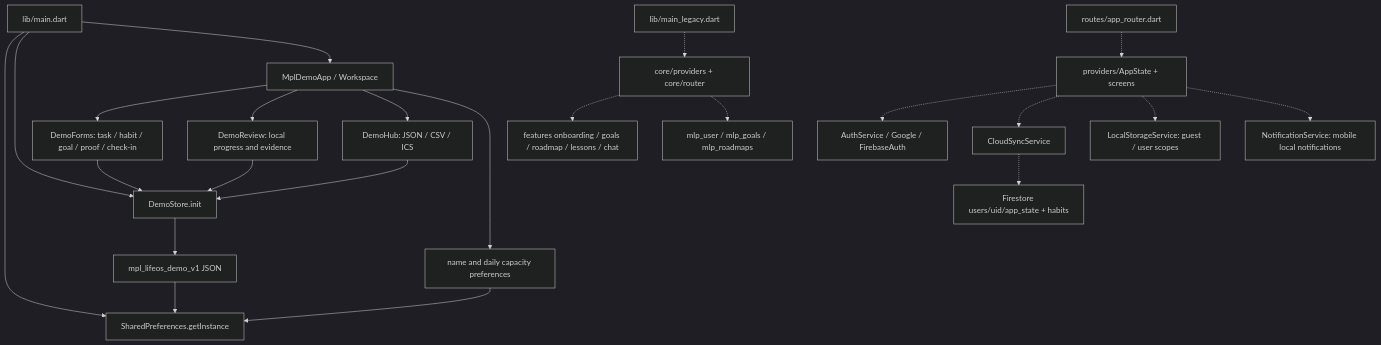
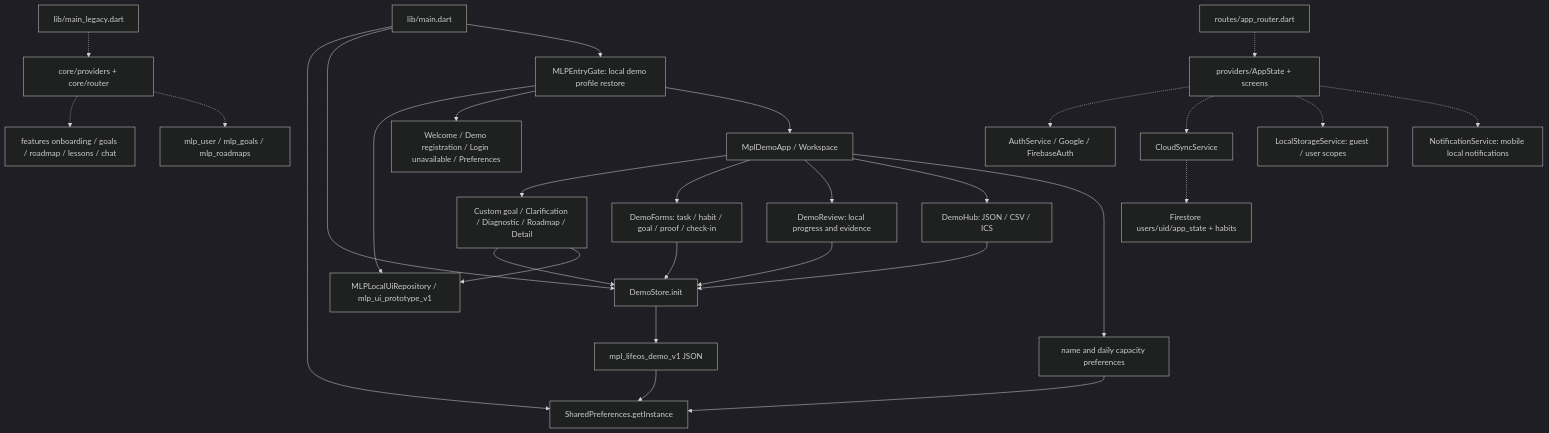
One commit to MuhammadziyoAdkhamov/mlp_MyLifePlan_app changed the first of 2 diagrams in docs/MLP_ARCHITECTURE.md. Above: the diagram before and after it, drawn with Mermaid (dark theme). The commit also changed other lines of this file and 33 other files, not shown here.

Commit message:
feat: add MLP demo onboarding and custom goal roadmap workflow

````diff
--- a/docs/MLP_ARCHITECTURE.md
+++ b/docs/MLP_ARCHITECTURE.md
@@ -5,25 +5,31 @@
 ```mermaid
 flowchart TD
   mainEntry["lib/main.dart"] --> preferences["SharedPreferences.getInstance"]
   mainEntry --> demoStore["DemoStore.init"]
-  mainEntry --> demoApp["MplDemoApp / Workspace"]
+  mainEntry --> entryGate["MLPEntryGate: local demo profile restore"]
+  entryGate --> uiRepo["MLPLocalUiRepository / mlp_ui_prototype_v1"]
+  entryGate --> accounts["Welcome / Demo registration / Login unavailable / Preferences"]
+  entryGate --> demoApp["MplDemoApp / Workspace"]
+  demoApp --> goalFlow["Custom goal / Clarification / Diagnostic / Roadmap / Detail"]
+  goalFlow --> demoStore
+  goalFlow --> uiRepo
   demoApp --> demoForms["DemoForms: task / habit / goal / proof / check-in"]
   demoApp --> review["DemoReview: local progress and evidence"]
   demoApp --> hub["DemoHub: JSON / CSV / ICS"]
   demoForms --> demoStore
   review --> demoStore
   hub --> demoStore
   demoStore --> localJson["mpl_lifeos_demo_v1 JSON"]
   localJson --> preferences
   demoApp --> localProfile["name and daily capacity preferences"]
   localProfile --> preferences
   legacyEntry["lib/main_legacy.dart"] -.-> riverpod["core/providers + core/router"]
   riverpod -.-> featureScreens["features onboarding / goals / roadmap / lessons / chat"]
   riverpod -.-> separateJson["mlp_user / mlp_goals / mlp_roadmaps"]
   oldRouter["routes/app_router.dart"] -.-> oldState["providers/AppState + screens"]
   oldState -.-> auth["AuthService / Google / FirebaseAuth"]
   oldState -.-> cloud["CloudSyncService"]
   cloud -.-> firestore["Firestore users/uid/app_state + habits"]
   oldState -.-> scopedStorage["LocalStorageService: guest / user scopes"]
   oldState -.-> reminders["NotificationService: mobile local notifications"]
 ```
````
